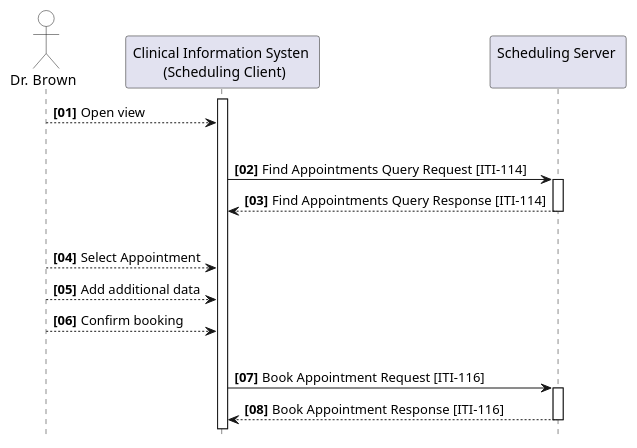
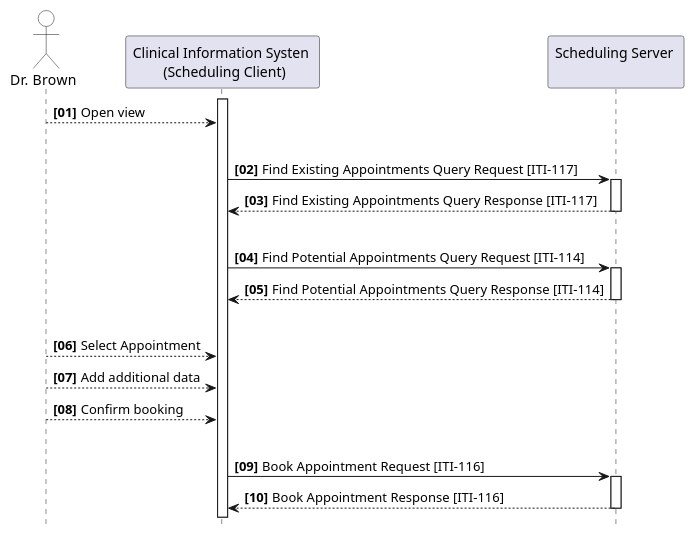
The diagram in input/images-source/uc1-flow.plantuml (IHE/ITI.Scheduling), drawn with PlantUML before and after one commit. The commit also changed 1 other file, not shown here.

```diff
--- a/input/images-source/uc1-flow.plantuml
+++ b/input/images-source/uc1-flow.plantuml
@@ -1,34 +1,40 @@
 @startuml
 skinparam responseMessageBelowArrow true
 skinparam svgDimensionStyle false
 hide footbox
 
 actor "Dr. Brown" as User #FFFFFF
 participant "Clinical Information Systen \n (Scheduling Client)" as RequestingActor
 participant "Scheduling Server \n" as RespondingActor
 
 autonumber 1 1 "<b>[00]"
 
 activate "RequestingActor"
 User --> RequestingActor: Open view
 
 |||
-RequestingActor -> RespondingActor: Find Appointments Query Request [ITI-114]
+RequestingActor -> RespondingActor: Find Existing Appointments Query Request [ITI-117]
 activate "RespondingActor"
-RespondingActor --> RequestingActor: Find Appointments Query Response [ITI-114]
+RespondingActor --> RequestingActor: Find Existing Appointments Query Response [ITI-117]
+deactivate "RespondingActor"
+
+|||
+RequestingActor -> RespondingActor: Find Potential Appointments Query Request [ITI-114]
+activate "RespondingActor"
+RespondingActor --> RequestingActor: Find Potential Appointments Query Response [ITI-114]
 deactivate "RespondingActor"
 
 |||
 User --> RequestingActor: Select Appointment
 User --> RequestingActor: Add additional data
 User --> RequestingActor: Confirm booking
 
 |||
 RequestingActor -> RespondingActor: Book Appointment Request [ITI-116]
 activate "RespondingActor"
 RespondingActor --> RequestingActor: Book Appointment Response [ITI-116]
 deactivate "RespondingActor"
 
 autonumber stop
 
 @enduml
```
